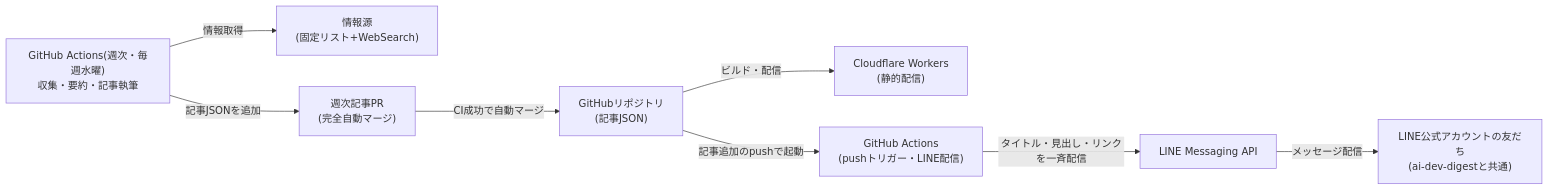
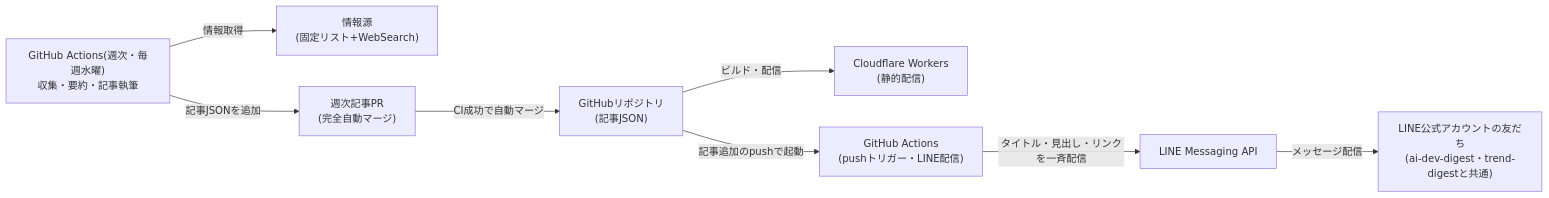
Before and after one commit to zakiyama0108/benriyatool: the third of 6 diagrams in specs/news-digest/architecture.md, drawn with Mermaid. The commit also changed other lines of this file, not shown here.

First line of the commit message:
fix(news-digest): architecture.mdのspec-review指摘を反映

````diff
--- a/specs/news-digest/architecture.md
+++ b/specs/news-digest/architecture.md
@@ -64,19 +68,19 @@
 ```mermaid
 flowchart LR
     weeklyRoutine["GitHub Actions(週次・毎週水曜)<br>収集・要約・記事執筆"]
     sources["情報源<br>(固定リスト+WebSearch)"]
     weeklyPR["週次記事PR<br>(完全自動マージ)"]
     repo["GitHubリポジトリ<br>(記事JSON)"]
     cf["Cloudflare Workers<br>(静的配信)"]
     broadcastRoutine["GitHub Actions<br>(pushトリガー・LINE配信)"]
     lineApi["LINE Messaging API"]
-    lineFriends["LINE公式アカウントの友だち<br>(ai-dev-digestと共通)"]
+    lineFriends["LINE公式アカウントの友だち<br>(ai-dev-digest・trend-digestと共通)"]
 
     weeklyRoutine -->|情報取得| sources
     weeklyRoutine -->|記事JSONを追加| weeklyPR
     weeklyPR -->|CI成功で自動マージ| repo
     repo -->|ビルド・配信| cf
     repo -->|記事追加のpushで起動| broadcastRoutine
     broadcastRoutine -->|タイトル・見出し・リンクを一斉配信| lineApi
     lineApi -->|メッセージ配信| lineFriends
 ```
````
